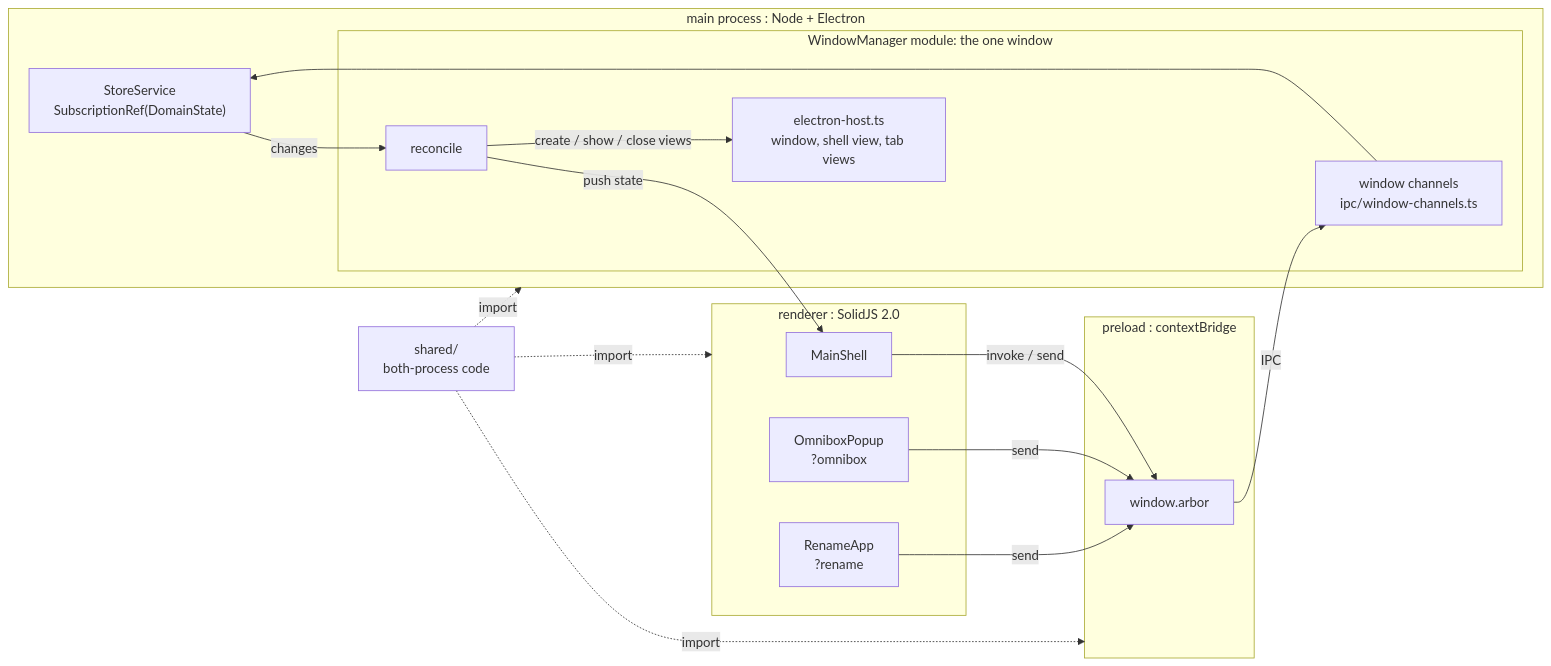
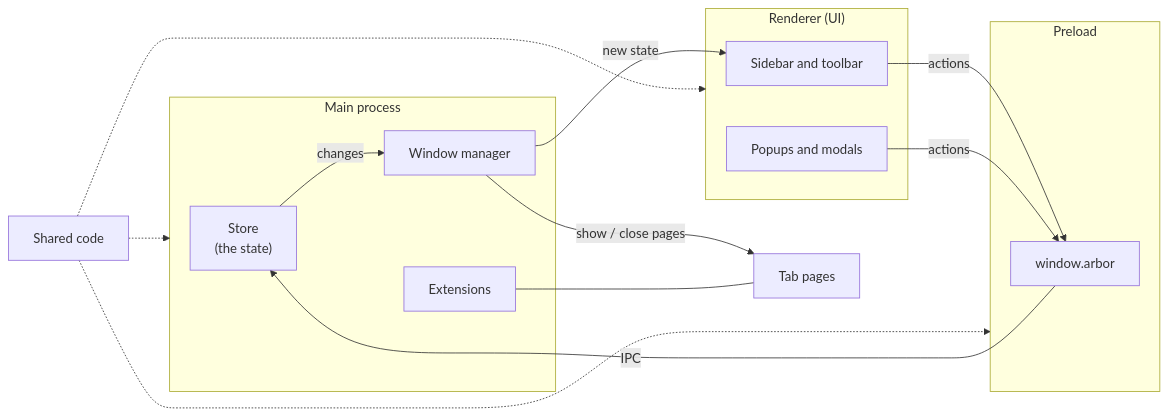
One commit to rom100main/arbor changed the diagram in docs/architecture/README.md. Above: the diagram before and after it, drawn with Mermaid. The commit also changed other lines of this file and 6 other files, not shown here.

````diff
--- a/docs/architecture/README.md
+++ b/docs/architecture/README.md
@@ -17,32 +11,27 @@
 ```mermaid
 flowchart LR
-    subgraph Main["main process : Node + Electron"]
-        Store["StoreService<br/>SubscriptionRef(DomainState)"]
-        subgraph MW["WindowManager module: the one window"]
-            IPC["window channels<br/>ipc/window-channels.ts"]
-            Rec["reconcile"]
-            Host["electron-host.ts<br/>window, shell view, tab views"]
-        end
+    subgraph Main["Main process"]
+        Store["Store<br/>(the state)"]
+        WM["Window manager"]
+        Ext["Extensions"]
     end
-    subgraph Pre["preload : contextBridge"]
+    subgraph Pre["Preload"]
         API["window.arbor"]
     end
-    subgraph Ren["renderer : SolidJS 2.0"]
-        Shell["MainShell"]
-        Omni["OmniboxPopup<br/>?omnibox"]
-        Rename["RenameApp<br/>?rename"]
+    subgraph Ren["Renderer (UI)"]
+        Shell["Sidebar and toolbar"]
+        Popups["Popups and modals"]
     end
-    Shared["shared/<br/>both-process code"]
+    Shared["Shared code"]
 
-    Shell -->|"invoke / send"| API
-    Omni -->|"send"| API
-    Rename -->|"send"| API
-    API -->|"IPC"| IPC
-    IPC --> Store
-    Store -->|"changes"| Rec
-    Rec -->|"push state"| Shell
-    Rec -->|"create / show / close views"| Host
-    Shared -.->|"import"| Main
-    Shared -.->|"import"| Pre
-    Shared -.->|"import"| Ren
+    Shell -->|"actions"| API
+    Popups -->|"actions"| API
+    API -->|"IPC"| Store
+    Store -->|"changes"| WM
+    WM -->|"new state"| Shell
+    WM -->|"show / close pages"| Views["Tab pages"]
+    Ext --- Views
+    Shared -.-> Main
+    Shared -.-> Pre
+    Shared -.-> Ren
 ```
````
